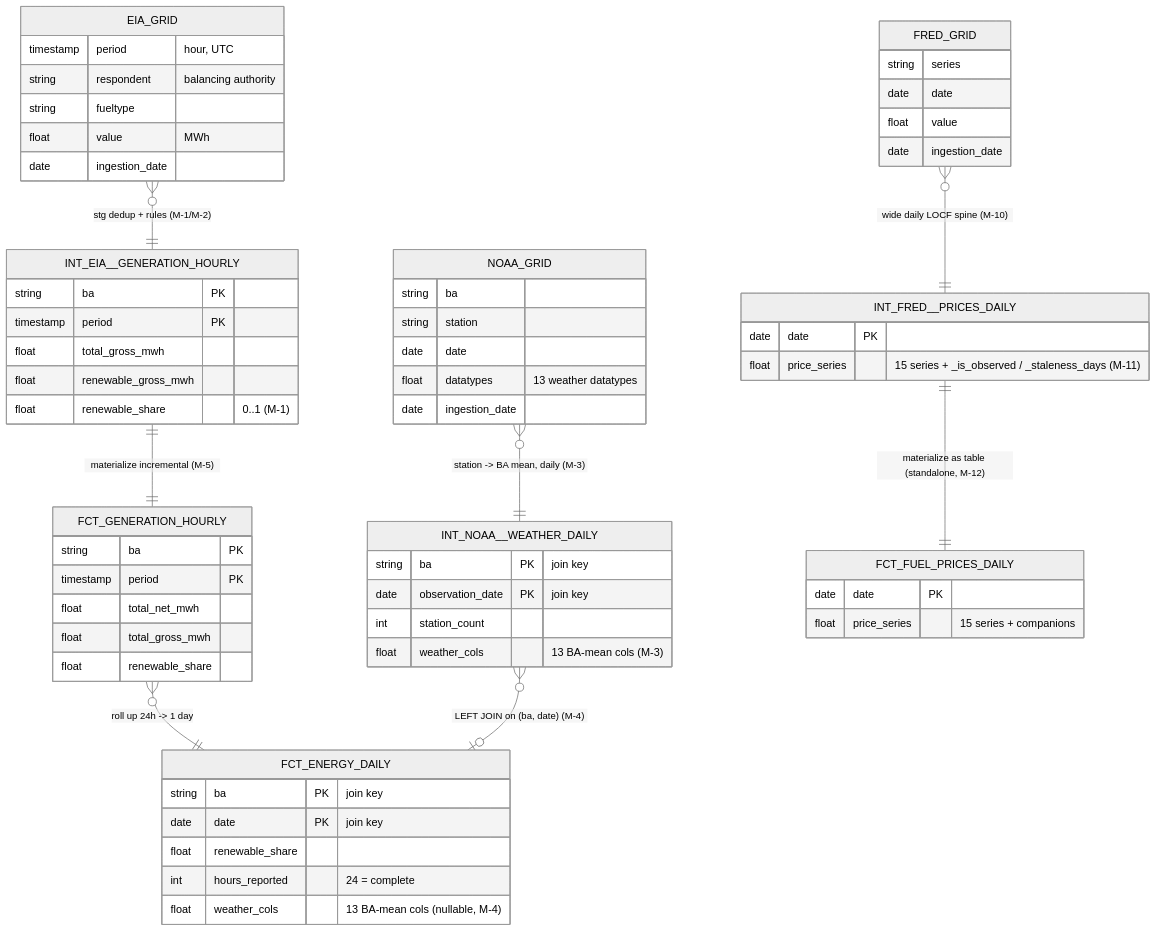
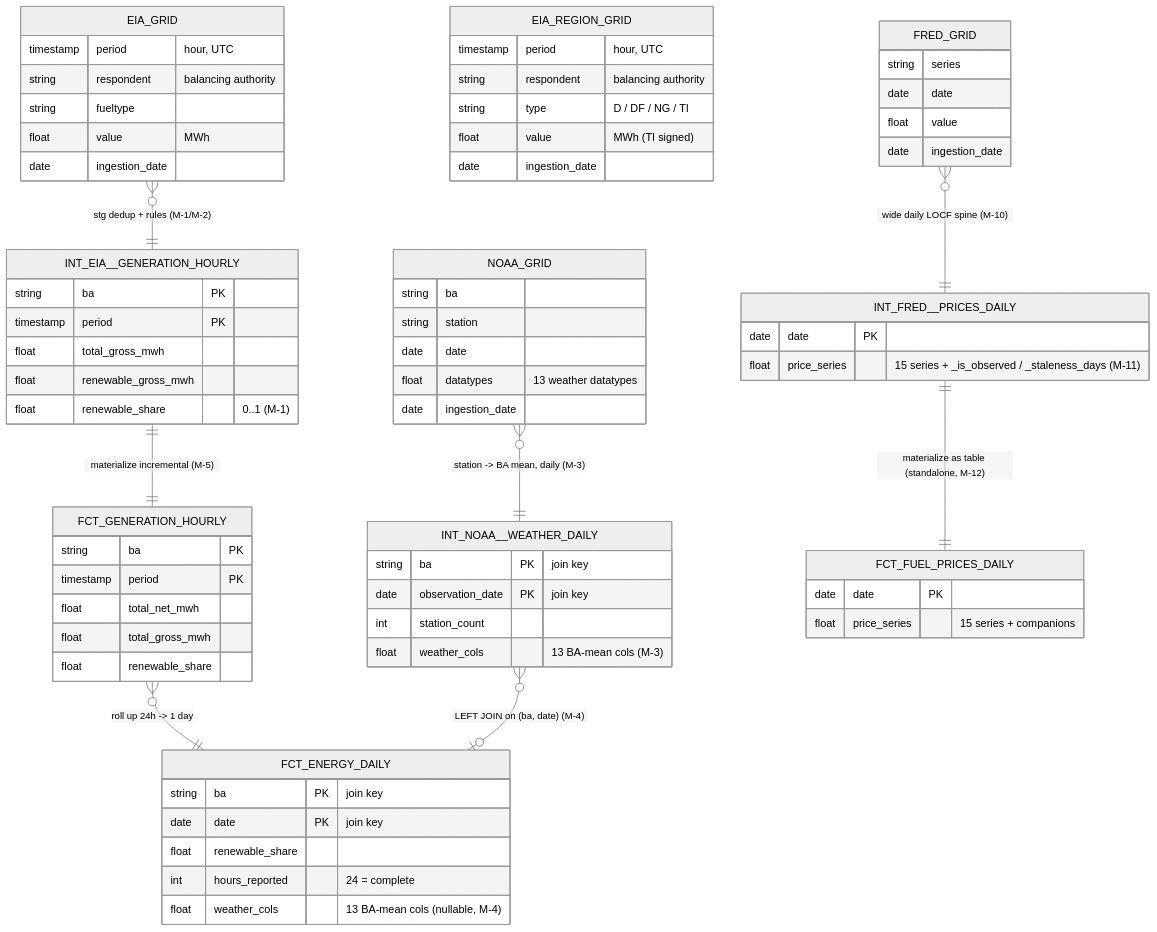
The second of 2 diagrams in README.md (victor-cakess/zeus), drawn with Mermaid (neutral theme) before and after one commit. The commit also changed other lines of this file and 3 other files, not shown here.

First line of the commit message:
docs: add eia_region to the architecture diagram and README data model

````diff
--- a/README.md
+++ b/README.md
@@ -62,66 +62,73 @@
 ```mermaid
 erDiagram
     EIA_GRID {
         timestamp period "hour, UTC"
         string respondent "balancing authority"
         string fueltype
         float value "MWh"
+        date ingestion_date
+    }
+    EIA_REGION_GRID {
+        timestamp period "hour, UTC"
+        string respondent "balancing authority"
+        string type "D / DF / NG / TI"
+        float value "MWh (TI signed)"
         date ingestion_date
     }
     NOAA_GRID {
         string ba
         string station
         date date
         float datatypes "13 weather datatypes"
         date ingestion_date
     }
     FRED_GRID {
         string series
         date date
         float value
         date ingestion_date
     }
     INT_EIA__GENERATION_HOURLY {
         string ba PK
         timestamp period PK
         float total_gross_mwh
         float renewable_gross_mwh
         float renewable_share "0..1 (M-1)"
     }
     INT_NOAA__WEATHER_DAILY {
         string ba PK "join key"
         date observation_date PK "join key"
         int station_count
         float weather_cols "13 BA-mean cols (M-3)"
     }
     INT_FRED__PRICES_DAILY {
         date date PK
         float price_series "15 series + _is_observed / _staleness_days (M-11)"
     }
     FCT_GENERATION_HOURLY {
         string ba PK
         timestamp period PK
         float total_net_mwh
         float total_gross_mwh
         float renewable_share
     }
     FCT_ENERGY_DAILY {
         string ba PK "join key"
         date date PK "join key"
         float renewable_share
         int hours_reported "24 = complete"
         float weather_cols "13 BA-mean cols (nullable, M-4)"
     }
     FCT_FUEL_PRICES_DAILY {
         date date PK
         float price_series "15 series + companions"
     }
 
     EIA_GRID }o--|| INT_EIA__GENERATION_HOURLY : "stg dedup + rules (M-1/M-2)"
     NOAA_GRID }o--|| INT_NOAA__WEATHER_DAILY : "station -> BA mean, daily (M-3)"
     FRED_GRID }o--|| INT_FRED__PRICES_DAILY : "wide daily LOCF spine (M-10)"
     INT_EIA__GENERATION_HOURLY ||--|| FCT_GENERATION_HOURLY : "materialize incremental (M-5)"
     FCT_GENERATION_HOURLY }o--|| FCT_ENERGY_DAILY : "roll up 24h -> 1 day"
     INT_NOAA__WEATHER_DAILY }o--o| FCT_ENERGY_DAILY : "LEFT JOIN on (ba, date) (M-4)"
     INT_FRED__PRICES_DAILY ||--|| FCT_FUEL_PRICES_DAILY : "materialize as table (standalone, M-12)"
 ```
````
